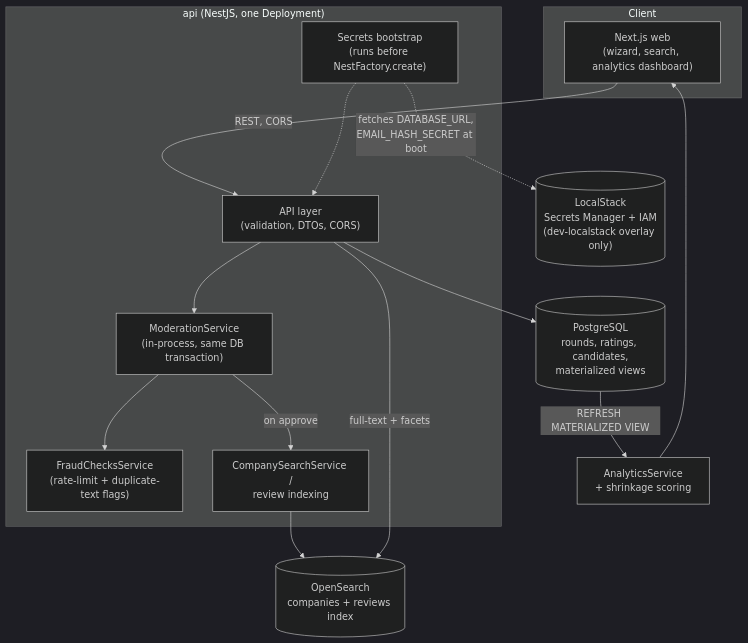
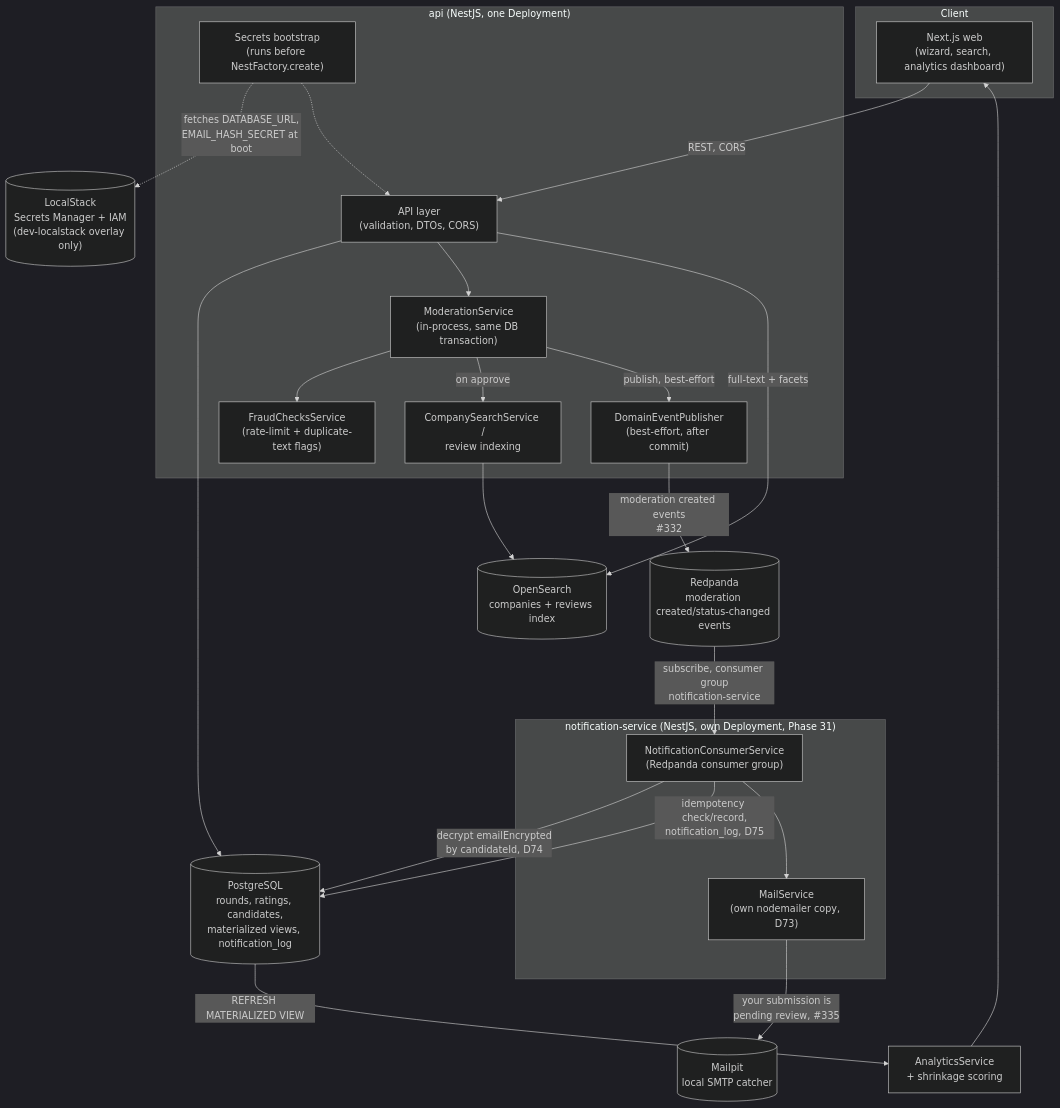
One commit to GowthamSiddarth/interview-insights changed the first of 2 diagrams in docs/ARCHITECTURE.md. Above: the diagram before and after it, drawn with Mermaid (dark theme). The commit also changed other lines of this file, not shown here.

First line of the commit message:
docs: update ARCHITECTURE.md for notification-service's real Redpanda consumer (#335)

````diff
--- a/docs/ARCHITECTURE.md
+++ b/docs/ARCHITECTURE.md
@@ -10,31 +10,46 @@
 ```mermaid
 flowchart TD
     subgraph client["Client"]
         WEB["Next.js web\n(wizard, search, analytics dashboard)"]
     end
 
     subgraph apipod["api (NestJS, one Deployment)"]
         API["API layer\n(validation, DTOs, CORS)"]
         MOD["ModerationService\n(in-process, same DB transaction)"]
         FRAUD["FraudChecksService\n(rate-limit + duplicate-text flags)"]
         SEARCHSVC["CompanySearchService /\nreview indexing"]
         SECRETS["Secrets bootstrap\n(runs before NestFactory.create)"]
+        PUB["DomainEventPublisher\n(best-effort, after commit)"]
     end
 
-    PG[("PostgreSQL\nrounds, ratings, candidates,\nmaterialized views")]
+    subgraph notifpod["notification-service (NestJS, own Deployment, Phase 31)"]
+        CONSUMER["NotificationConsumerService\n(Redpanda consumer group)"]
+        NOTIFMAIL["MailService\n(own nodemailer copy, D73)"]
+    end
+
+    PG[("PostgreSQL\nrounds, ratings, candidates,\nmaterialized views, notification_log")]
     OS[("OpenSearch\ncompanies + reviews index")]
     LS[("LocalStack\nSecrets Manager + IAM\n(dev-localstack overlay only)")]
+    RP[("Redpanda\nmoderation created/status-changed events")]
+    MAILPIT[("Mailpit\nlocal SMTP catcher")]
 
     WEB -->|REST, CORS| API
     API --> PG
     API --> MOD
     MOD --> FRAUD
     MOD -->|on approve| SEARCHSVC
     SEARCHSVC --> OS
     API -->|full-text + facets| OS
     SECRETS -.->|fetches DATABASE_URL,\nEMAIL_HASH_SECRET at boot| LS
     SECRETS -.-> API
+    MOD -->|publish, best-effort| PUB
+    PUB -->|moderation created events\n#332| RP
+    RP -->|subscribe, consumer group\nnotification-service| CONSUMER
+    CONSUMER -->|decrypt emailEncrypted\nby candidateId, D74| PG
+    CONSUMER -->|idempotency check/record,\nnotification_log, D75| PG
+    CONSUMER --> NOTIFMAIL
+    NOTIFMAIL -->|your submission is\npending review, #335| MAILPIT
 
     PG -->|REFRESH MATERIALIZED VIEW| ANALYTICS["AnalyticsService\n+ shrinkage scoring"]
     ANALYTICS --> WEB
 ```
````
